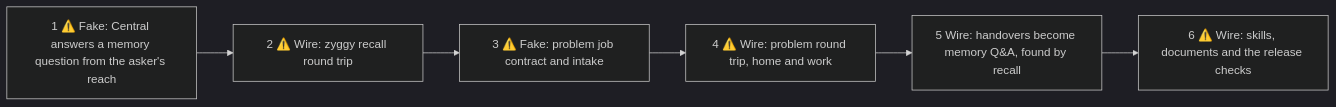
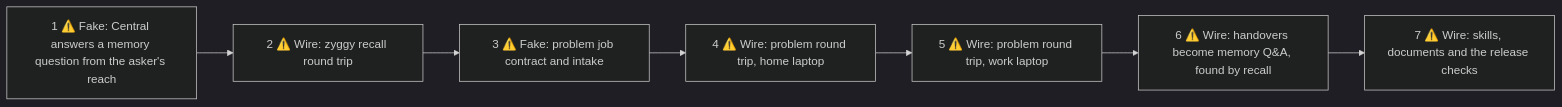
One commit to zyggy-org/zyggy changed the fourth of 4 diagrams in _specs/48-laptop-problem-handling.md. Above: the diagram before and after it, drawn with Mermaid (dark theme). The commit also changed other lines of this file and 1 other file, not shown here.

First line of the commit message:
Problems handled on a laptop: spec 48 corrected after the critic pass

````diff
--- a/_specs/48-laptop-problem-handling.md
+++ b/_specs/48-laptop-problem-handling.md
@@ -151,8 +153,9 @@
 ```mermaid
 flowchart LR
   s1["1 ⚠️ Fake: Central answers a memory question from the asker's reach"] --> s2["2 ⚠️ Wire: zyggy recall round trip"]
   s2 --> s3["3 ⚠️ Fake: problem job contract and intake"]
-  s3 --> s4["4 ⚠️ Wire: problem round trip, home and work"]
-  s4 --> s5["5 Wire: handovers become memory Q&A, found by recall"]
-  s5 --> s6["6 ⚠️ Wire: skills, documents and the release checks"]
+  s3 --> s4["4 ⚠️ Wire: problem round trip, home laptop"]
+  s4 --> s5["5 ⚠️ Wire: problem round trip, work laptop"]
+  s5 --> s6["6 ⚠️ Wire: handovers become memory Q&A, found by recall"]
+  s6 --> s7["7 ⚠️ Wire: skills, documents and the release checks"]
 ```
````
